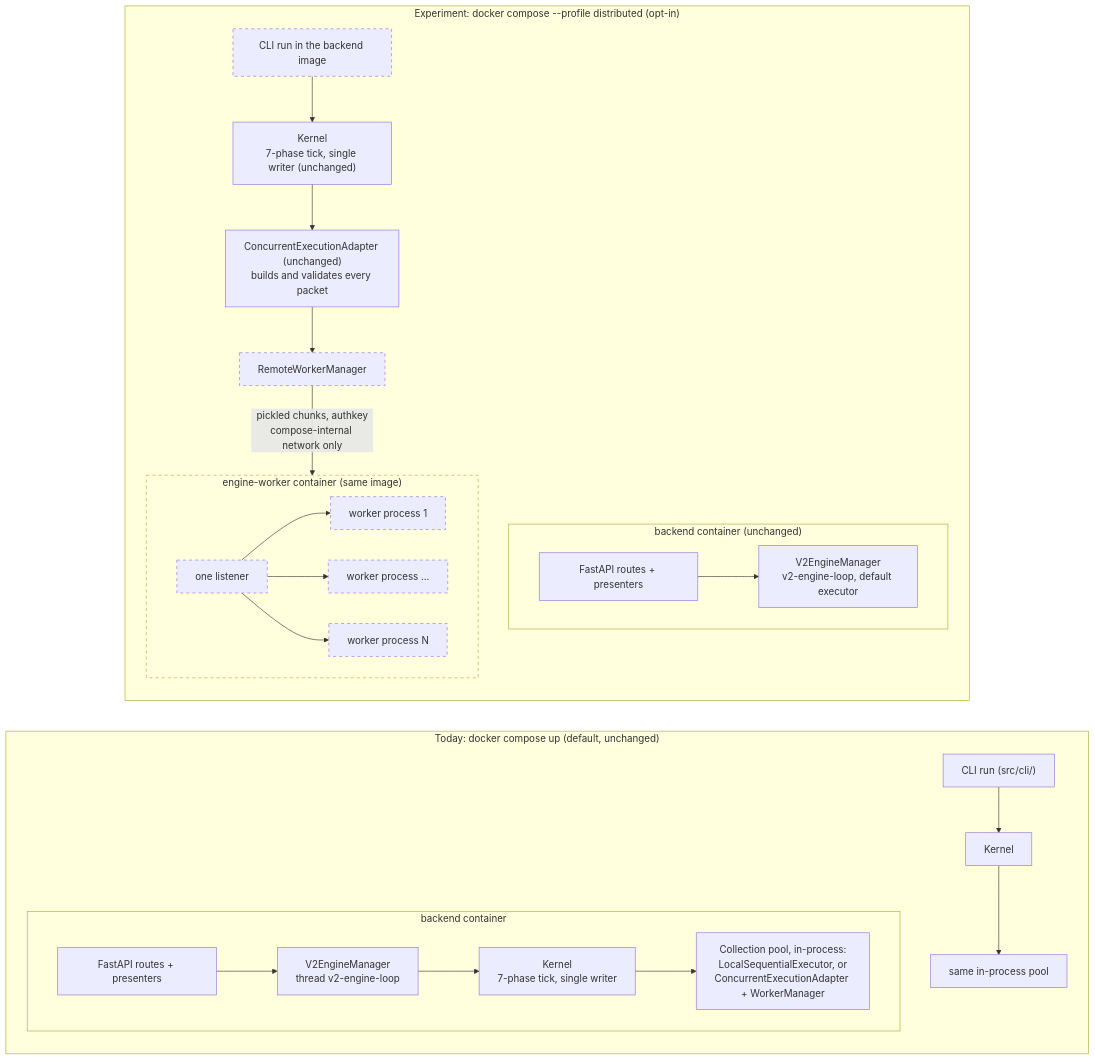
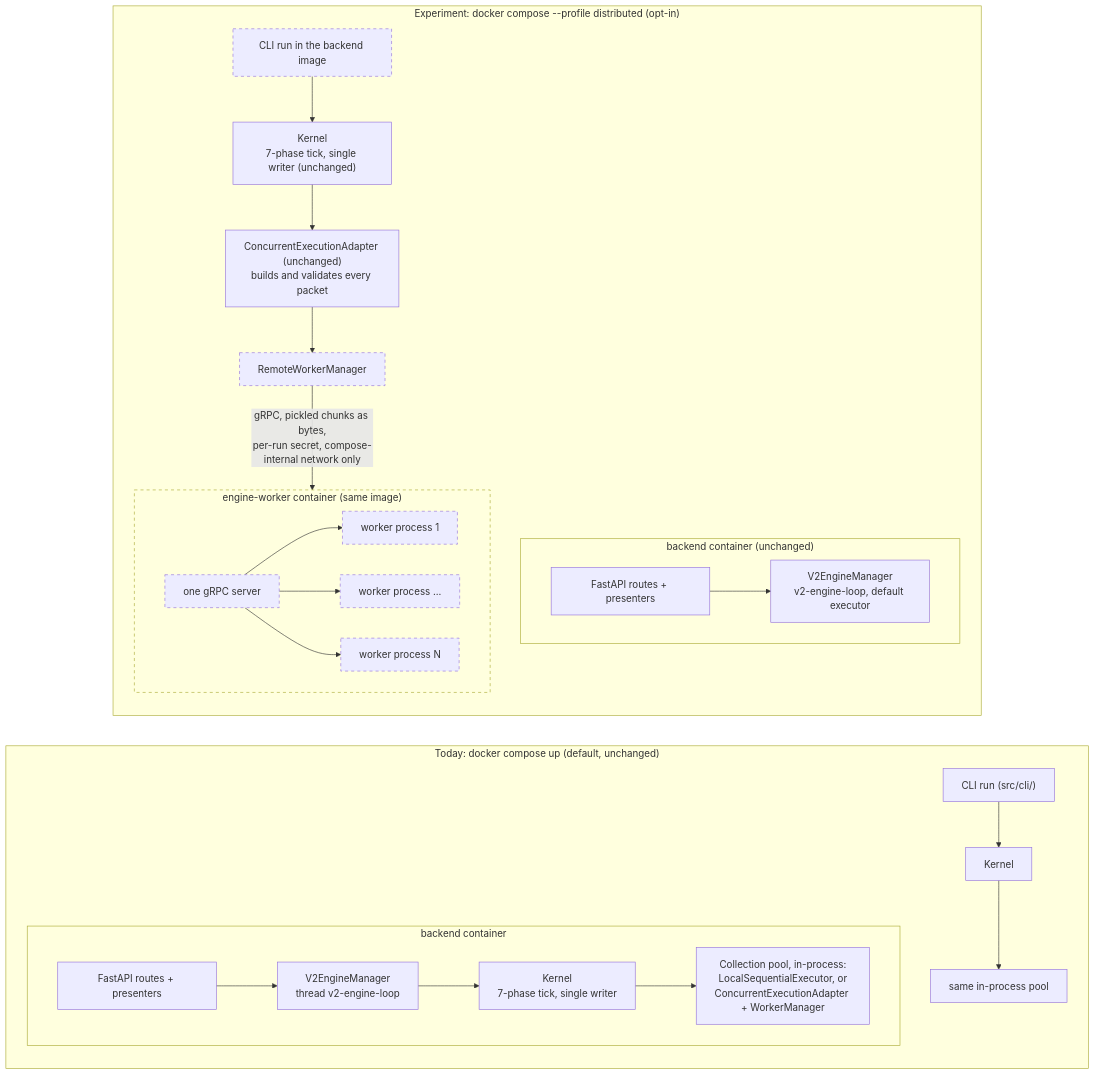
The first of 4 diagrams in docs/plans/architecture/distributed_workers_experiment_design.md (rpg-sim-lab/rpg-based-simulation), drawn with Mermaid before and after one commit. The commit also changed other lines of this file and 4 other files, not shown here.

````diff
--- a/docs/plans/architecture/distributed_workers_experiment_design.md
+++ b/docs/plans/architecture/distributed_workers_experiment_design.md
@@ -44,31 +45,31 @@
 ```mermaid
 flowchart LR
     subgraph today["Today: docker compose up (default, unchanged)"]
         direction TB
         subgraph backend["backend container"]
             API["FastAPI routes + presenters"] --> MGR["V2EngineManager<br/>thread v2-engine-loop"]
             MGR --> K1["Kernel<br/>7-phase tick, single writer"]
             K1 --> EX1["Collection pool, in-process:<br/>LocalSequentialExecutor, or<br/>ConcurrentExecutionAdapter + WorkerManager"]
         end
         CLI1["CLI run (src/cli/)"] --> K1b["Kernel"] --> EX1b["same in-process pool"]
     end
 
     subgraph exp["Experiment: docker compose --profile distributed (opt-in)"]
         direction TB
         subgraph backend2["backend container (unchanged)"]
             API2["FastAPI routes + presenters"] --> MGR2["V2EngineManager<br/>v2-engine-loop, default executor"]
         end
         CLI2["CLI run in the backend image"] --> K2["Kernel<br/>7-phase tick, single writer (unchanged)"]
         K2 --> AD2["ConcurrentExecutionAdapter (unchanged)<br/>builds and validates every packet"]
         AD2 --> RWM["RemoteWorkerManager"]
-        RWM -- "pickled chunks, authkey<br/>compose-internal network only" --> EW
+        RWM -- "gRPC, pickled chunks as bytes,<br/>per-run secret, compose-internal network only" --> EW
         subgraph EW["engine-worker container (same image)"]
-            L["one listener"] --> P1["worker process 1"]
+            L["one gRPC server"] --> P1["worker process 1"]
             L --> P2["worker process ..."]
             L --> PN["worker process N"]
         end
     end
 
     classDef new stroke-dasharray: 5 5
     class RWM,EW,L,P1,P2,PN,CLI2 new
 ```
````
